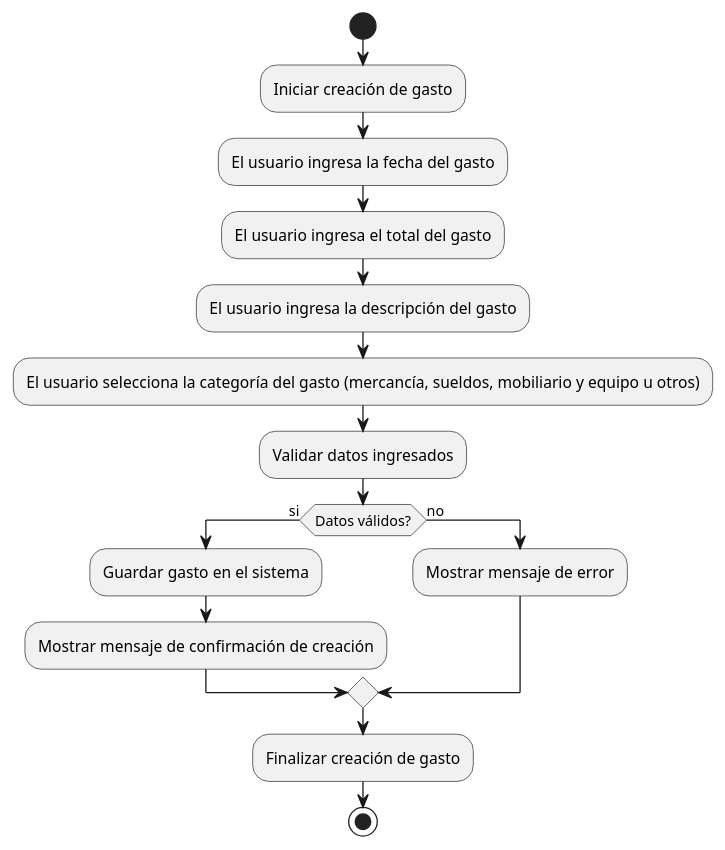
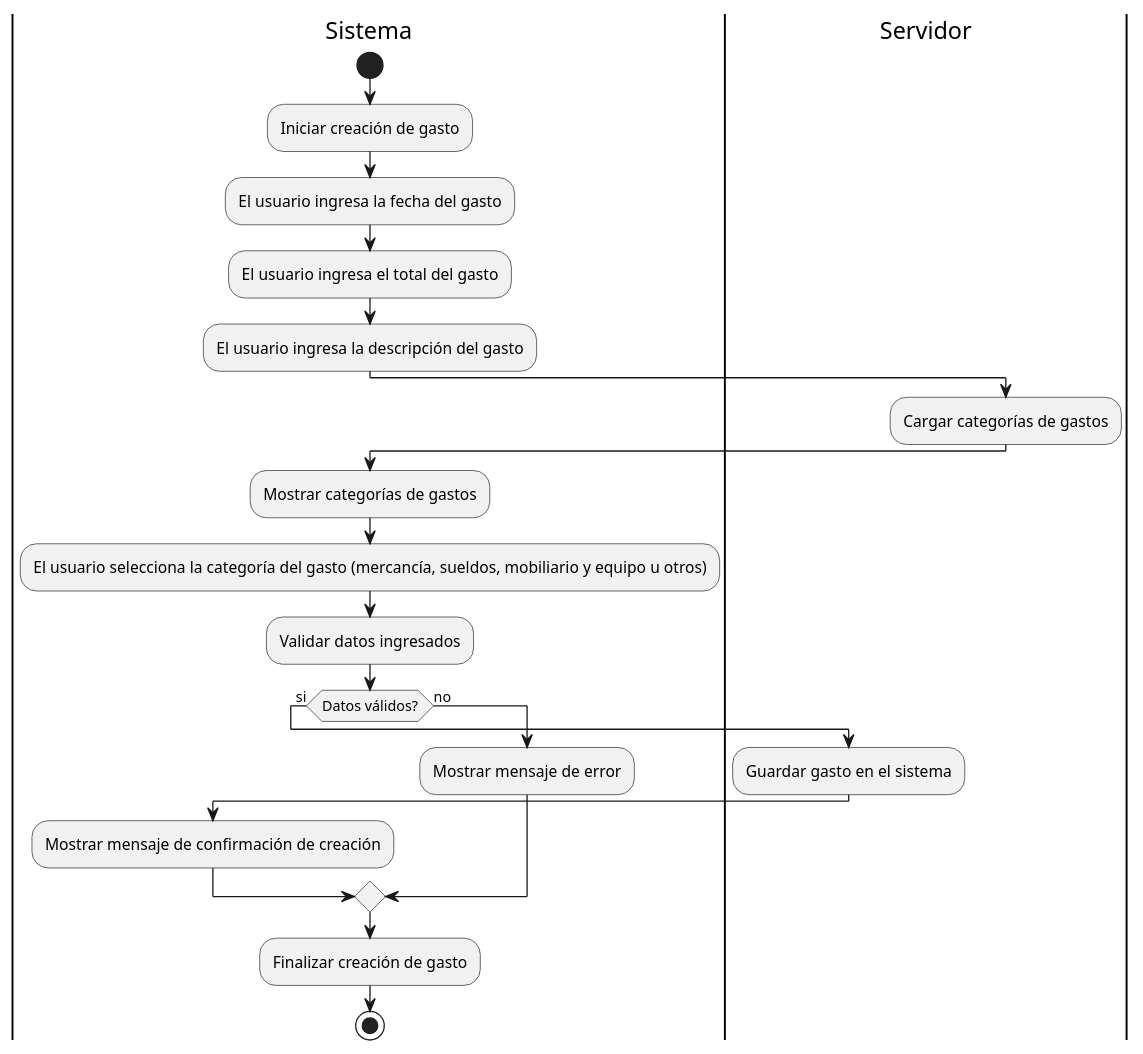
One commit to PabloCoti/apuntes_url changed the diagram in Análisis y Diseño/Proyectos/Proyecto final/Diagramas/Casos de uso/Crear gasto.wsd. Above: the diagram before and after it, drawn with PlantUML. The commit also changed 19 other files, not shown here.

```diff
--- a/Análisis y Diseño/Proyectos/Proyecto final/Diagramas/Casos de uso/Crear gasto.wsd
+++ b/Análisis y Diseño/Proyectos/Proyecto final/Diagramas/Casos de uso/Crear gasto.wsd
@@ -1,20 +1,26 @@
 @startuml Crear gasto
 
+|Sistema|
 start
 :Iniciar creación de gasto;
 :El usuario ingresa la fecha del gasto;
 :El usuario ingresa el total del gasto;
 :El usuario ingresa la descripción del gasto;
+|Servidor|
+:Cargar categorías de gastos;
+|Sistema|
+:Mostrar categorías de gastos;
 :El usuario selecciona la categoría del gasto (mercancía, sueldos, mobiliario y equipo u otros);
 :Validar datos ingresados;
-
 if (Datos válidos?) then (si)
+    |Servidor|
     :Guardar gasto en el sistema;
+    |Sistema|
     :Mostrar mensaje de confirmación de creación;
 else (no)
     :Mostrar mensaje de error;
 endif
 :Finalizar creación de gasto;
 stop
 
 @enduml
```
